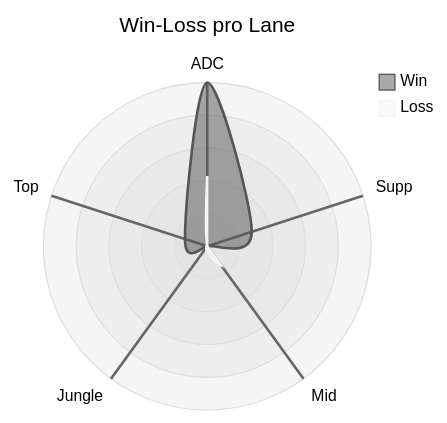
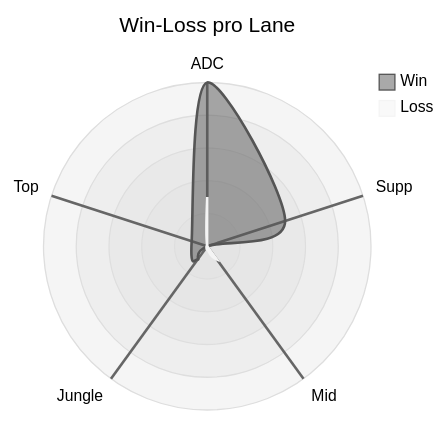
One commit to flowinho/zensical-website changed the third of 5 diagrams in docs/gaming/wild-rift.md. Above: the diagram before and after it, drawn with Mermaid (neutral theme). The commit also changed other lines of this file, not shown here.

````diff
--- a/docs/gaming/wild-rift.md
+++ b/docs/gaming/wild-rift.md
@@ -67,16 +67,16 @@
 ```mermaid
 ---
 config:
   radar:
     width: 250
     height: 250
 ---
 radar-beta
   title Win-Loss pro Lane
   axis a["ADC"], s["Supp"], m["Mid"], j["Jungle"], t["Top"]
-  curve w["Win"]{7, 2, 0, 0, 1}
+  curve w["Win"]{10, 5, 0, 1, 1}
   curve l["Loss"]{3, 0, 1, 0, 0}
 
-  max 7
+  max 10
   min 0
 ```
````
